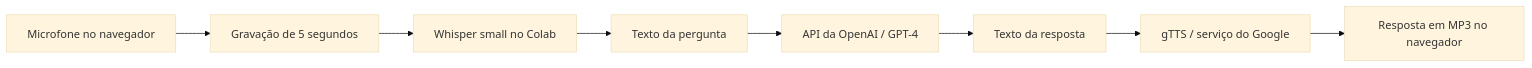
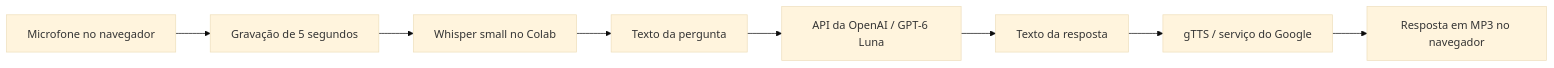
The diagram in README.md (jonatamoraes97/Assistente-de-Voz-Com-Whisper-e-ChatGPT), drawn with Mermaid (base theme) before and after one commit. The commit also changed other lines of this file and 5 other files, not shown here.

Commit message:
fix: usa GPT-6 Luna com perfil rápido e diagnóstico seguro da API

````diff
--- a/README.md
+++ b/README.md
@@ -19,10 +19,10 @@
 ```mermaid
 flowchart LR
     A[Microfone no navegador] --> B[Gravação de 5 segundos]
     B --> C[Whisper small no Colab]
     C --> D[Texto da pergunta]
-    D --> E[API da OpenAI / GPT-4]
+    D --> E[API da OpenAI / GPT-6 Luna]
     E --> F[Texto da resposta]
     F --> G[gTTS / serviço do Google]
     G --> H[Resposta em MP3 no navegador]
 ```
````
